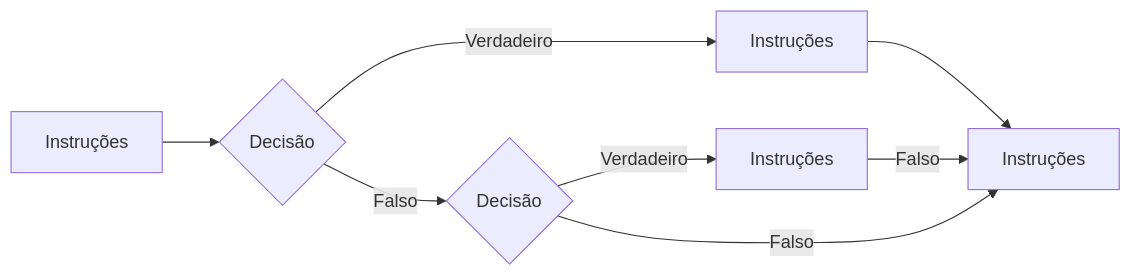
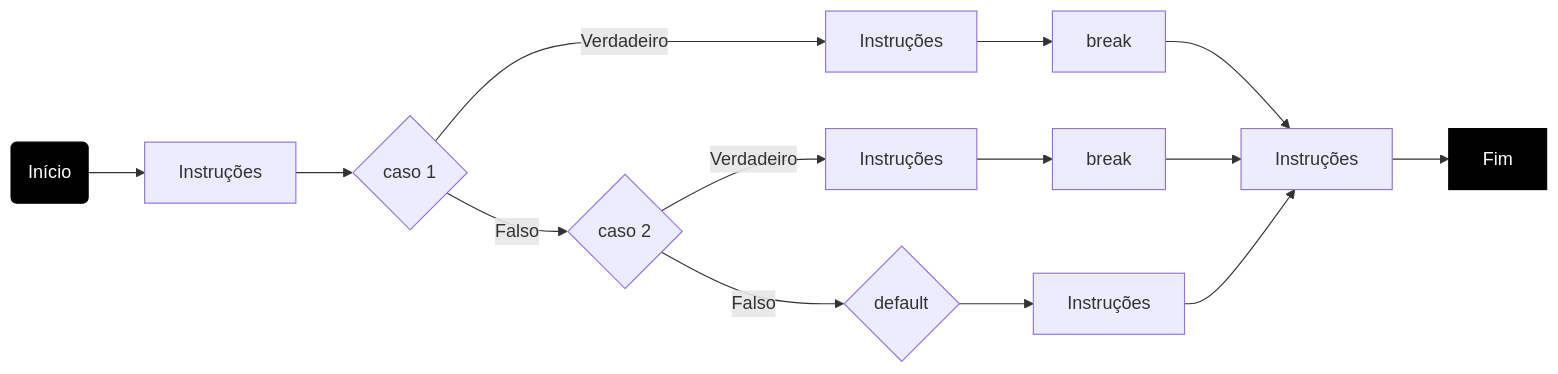
Before and after one commit to yuriMartinst/linguagem-java: the third of 7 diagrams in 08.md, drawn with Mermaid. The commit also changed other lines of this file, not shown here.

````diff
--- a/08.md
+++ b/08.md
@@ -44,10 +44,20 @@
 ```mermaid
+
 flowchart LR
-    A[Instruções] --> C{Decisão}
+    inicio(Início) --> A
+    A[Instruções] --> C{caso 1}
     C -->|Verdadeiro| D[Instruções]
-    C -->|Falso| F{Decisão}
-    D --> G[Instruções]
+    C -->|Falso| F{caso 2}
+    D --> DB[break]
+    DB --> G[Instruções]
     F -->|Verdadeiro| H[Instruções]
-    H -->|Falso| G[Instruções]
-    F -->|Falso| G[Instruções]
+    H --> HB[break]
+    HB --> G[Instruções]
+    F -->|Falso| F2{default}
+    F2 --> f3[Instruções]
+    f3 --> G[Instruções]
+    G --> fim[Fim]
+
+style inicio fill:#000,stroke:#000,color:#fff
+style fim fill:#000,stroke:#000,color:#fff
 ```
````
